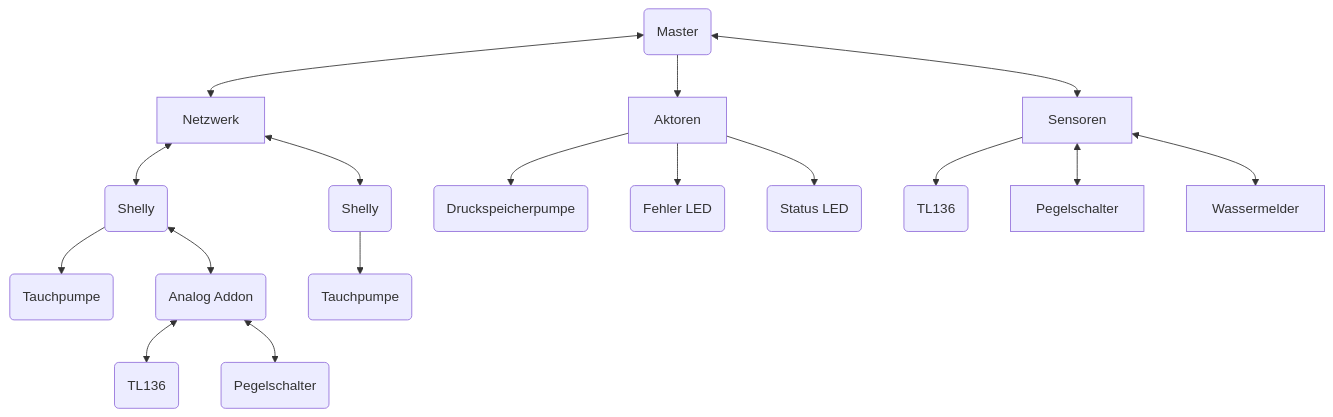
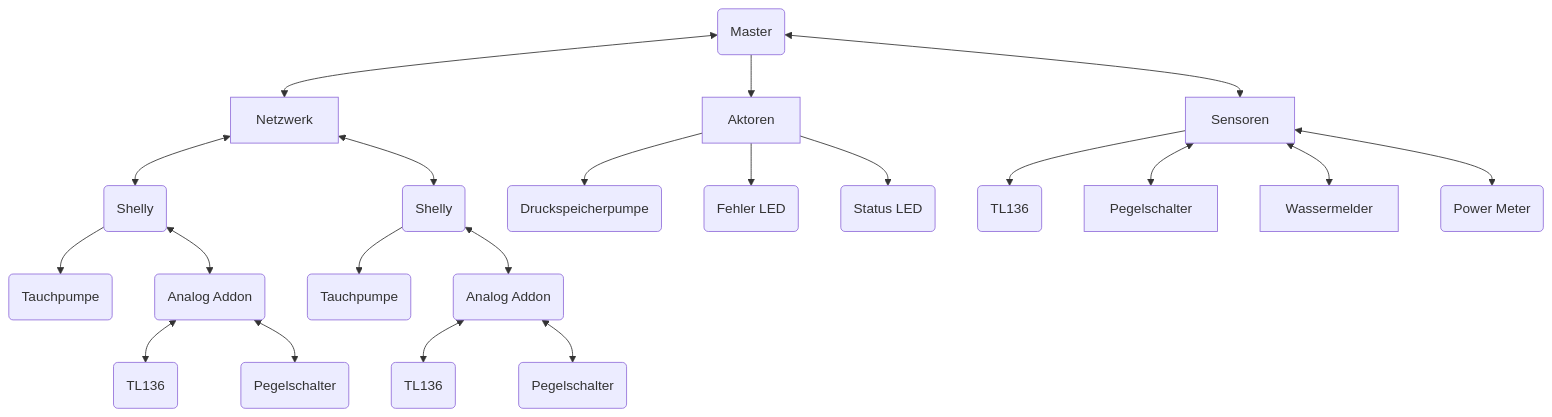
The first of 2 diagrams in README.md (Gamer08YT/Hauswasserwerk), drawn with Mermaid before and after one commit.

Commit message:
Add new connections to pinout section in README
Documented additional connections involving Shelly2, Addon2, and associated components. These updates ensure the README accurately reflects the current hardware configuration.

````diff
--- a/README.md
+++ b/README.md
@@ -35,19 +35,23 @@
 ```mermaid
 graph TD
     Master(Master) <--> Netzwerk
     Netzwerk <--> Shelly1(Shelly)
     Netzwerk <--> Shelly2(Shelly)
     Shelly1 --> Pumpe1(Tauchpumpe)
     Shelly2 --> Pumpe2(Tauchpumpe)
+    Shelly2 <--> Addon2(Analog Addon)
+    Addon2 <--> TL13612(TL136)
+    Addon2 <--> Pegelschalter1(Pegelschalter)
     Shelly1 <--> Addon(Analog Addon)
     Addon <--> TL1361(TL136)
     Addon <--> Pegelschalter2(Pegelschalter)
     Master --> Aktoren
     Aktoren --> Pumpe3(Druckspeicherpumpe)
     Aktoren --> Lampe1(Fehler LED)
     Aktoren --> Lampe2(Status LED)
     Master <--> Sensoren
     Sensoren --> TL136(TL136)
     Sensoren <--> Pegelschalter
     Sensoren <--> Wassermelder
+    Sensoren <--> Power(Power Meter)
 ```
````
